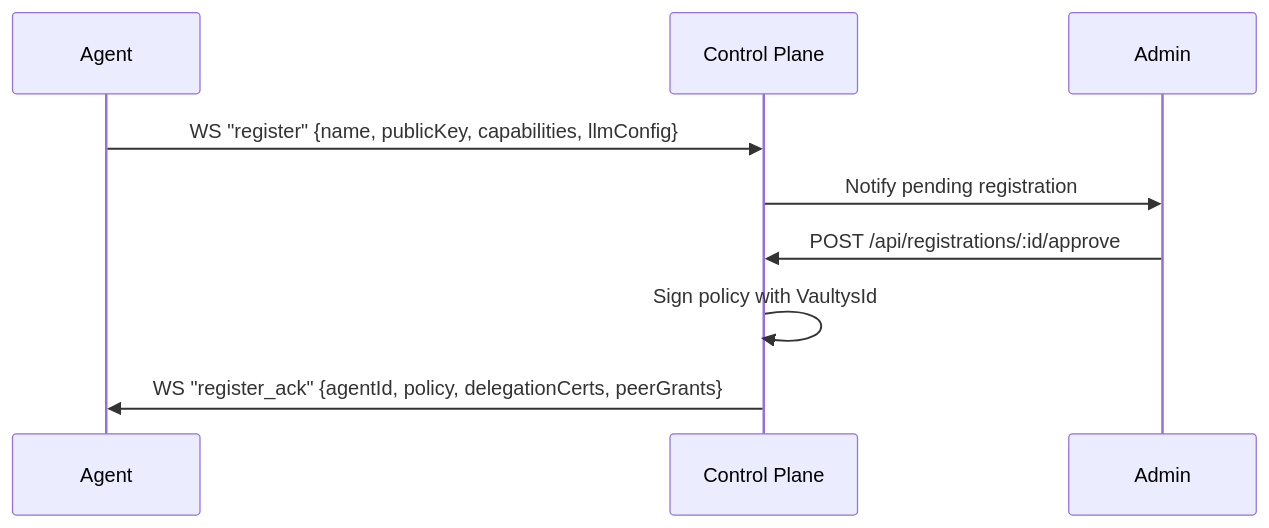
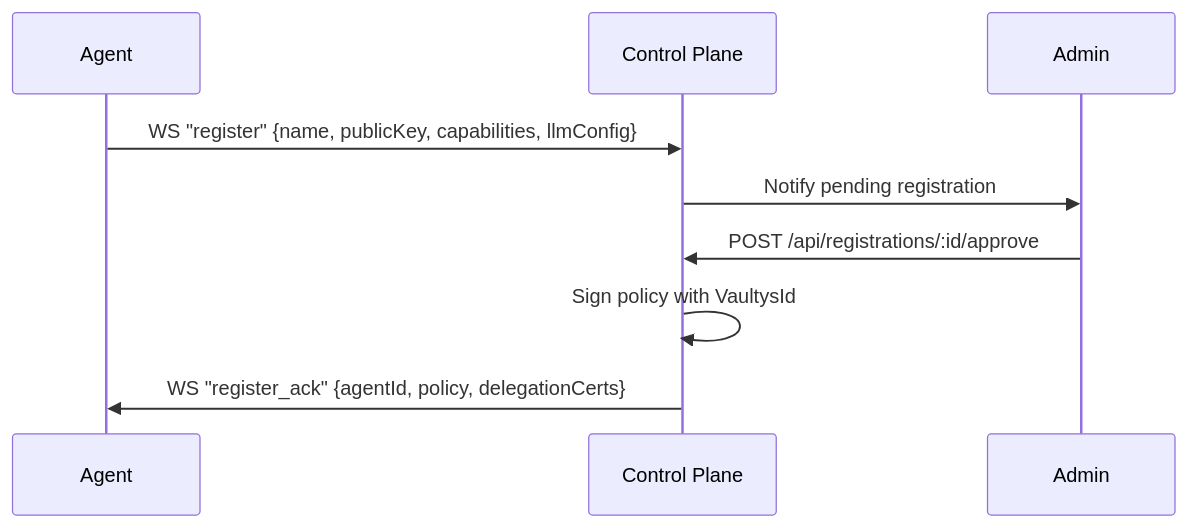
Before and after one commit to vaultys/VaultysClaw: the third of 6 diagrams in docs-site/docs/overview/architecture.md, drawn with Mermaid. The commit also changed other lines of this file and 70 other files, not shown here.

````diff
--- a/docs-site/docs/overview/architecture.md
+++ b/docs-site/docs/overview/architecture.md
@@ -139,12 +152,12 @@
 ```mermaid
 sequenceDiagram
   participant A as Agent
   participant CP as Control Plane
   participant Admin as Admin
 
   A->>CP: WS "register" {name, publicKey, capabilities, llmConfig}
   CP->>Admin: Notify pending registration
   Admin->>CP: POST /api/registrations/:id/approve
   CP->>CP: Sign policy with VaultysId
-  CP->>A: WS "register_ack" {agentId, policy, delegationCerts, peerGrants}
+  CP->>A: WS "register_ack" {agentId, policy, delegationCerts}
 ```
````
